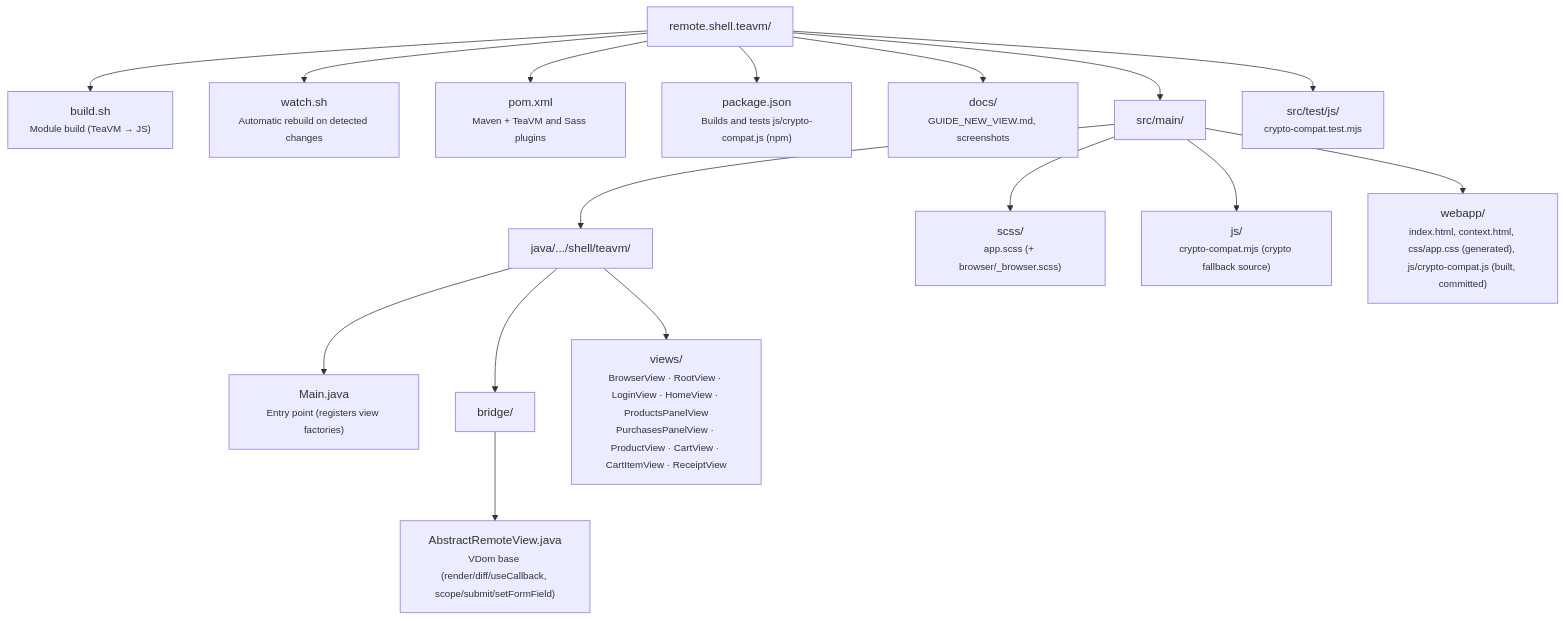
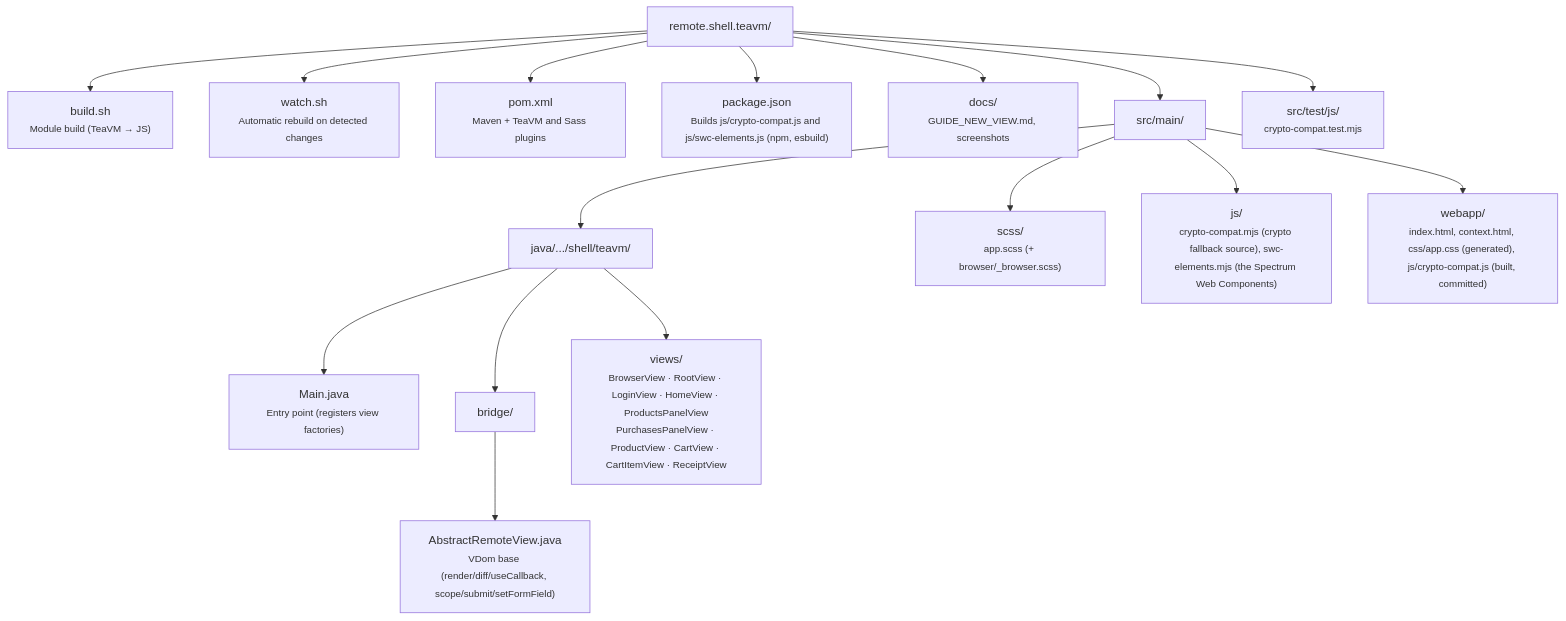
The third of 4 diagrams in fontes/br.com.wdc.store/br.com.wdc.store.view.remote/remote.shell.teavm/README.md (mrcdom/wdc-cube-java-v2), drawn with Mermaid before and after one commit. The commit also changed other lines of this file and 6 other files, not shown here.

First line of the commit message:
🐛 [BUGFIX] the TeaVM remote shell builds its Spectrum Web Components bundle, as teavm.web does

````diff
--- a/fontes/br.com.wdc.store/br.com.wdc.store.view.remote/remote.shell.teavm/README.md
+++ b/fontes/br.com.wdc.store/br.com.wdc.store.view.remote/remote.shell.teavm/README.md
@@ -54,35 +54,35 @@
 ```mermaid
 graph TD
     root["remote.shell.teavm/"]
     buildsh["build.sh<br/><small>Module build (TeaVM → JS)</small>"]
     watchsh["watch.sh<br/><small>Automatic rebuild on detected changes</small>"]
     pom["pom.xml<br/><small>Maven + TeaVM and Sass plugins</small>"]
-    pkg["package.json<br/><small>Builds and tests js/crypto-compat.js (npm)</small>"]
+    pkg["package.json<br/><small>Builds js/crypto-compat.js and js/swc-elements.js (npm, esbuild)</small>"]
     docs["docs/<br/><small>GUIDE_NEW_VIEW.md, screenshots</small>"]
     srcMain["src/main/"]
     java["java/.../shell/teavm/"]
     main["Main.java<br/><small>Entry point (registers view factories)</small>"]
     bridge["bridge/"]
     arv["AbstractRemoteView.java<br/><small>VDom base (render/diff/useCallback, scope/submit/setFormField)</small>"]
     views["views/<br/><small>BrowserView · RootView · LoginView · HomeView · ProductsPanelView<br/>PurchasesPanelView · ProductView · CartView · CartItemView · ReceiptView</small>"]
     scss["scss/<br/><small>app.scss (+ browser/_browser.scss)</small>"]
-    jsSrc["js/<br/><small>crypto-compat.mjs (crypto fallback source)</small>"]
+    jsSrc["js/<br/><small>crypto-compat.mjs (crypto fallback source), swc-elements.mjs (the Spectrum Web Components)</small>"]
     webapp["webapp/<br/><small>index.html, context.html, css/app.css (generated), js/crypto-compat.js (built, committed)</small>"]
     srcTest["src/test/js/<br/><small>crypto-compat.test.mjs</small>"]
 
     root --> buildsh
     root --> watchsh
     root --> pom
     root --> pkg
     root --> docs
     root --> srcMain
     root --> srcTest
     srcMain --> java
     srcMain --> scss
     srcMain --> jsSrc
     srcMain --> webapp
     java --> main
     java --> bridge
     java --> views
     bridge --> arv
 ```
````
